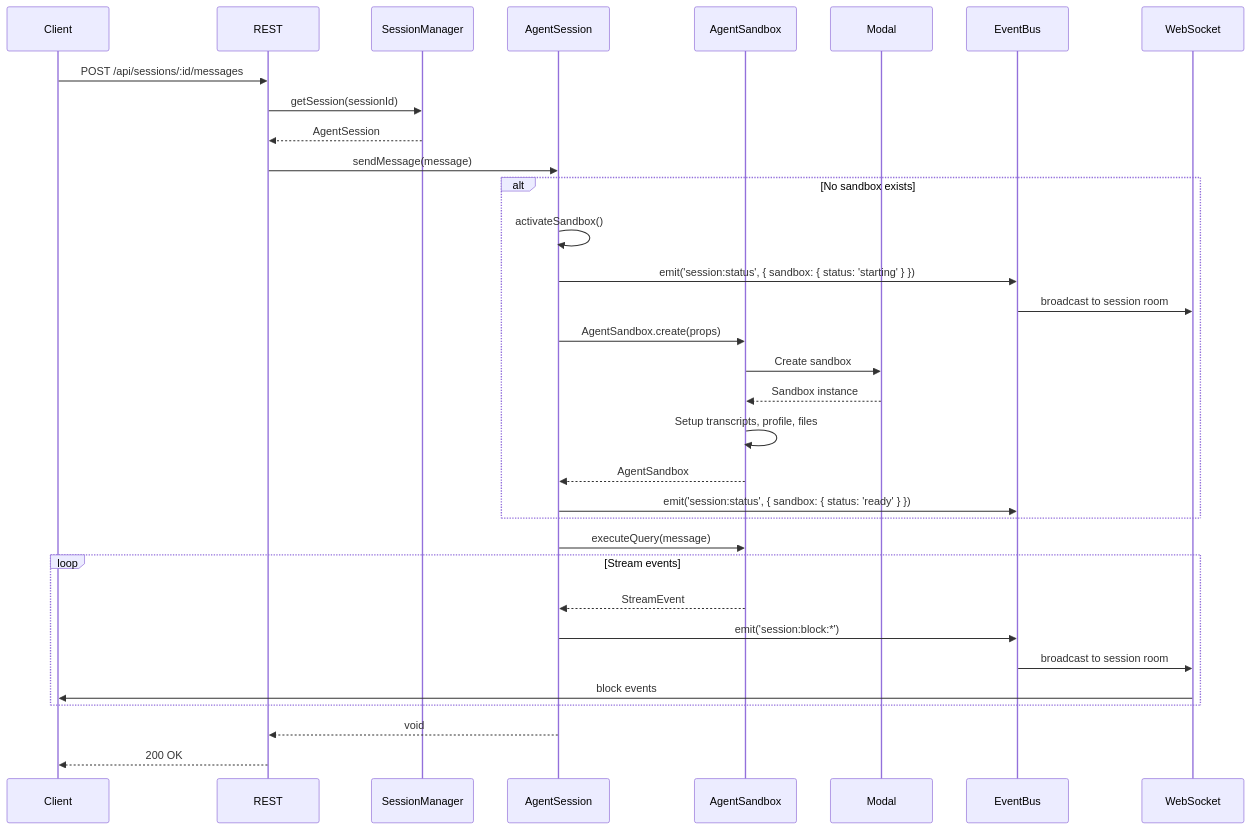
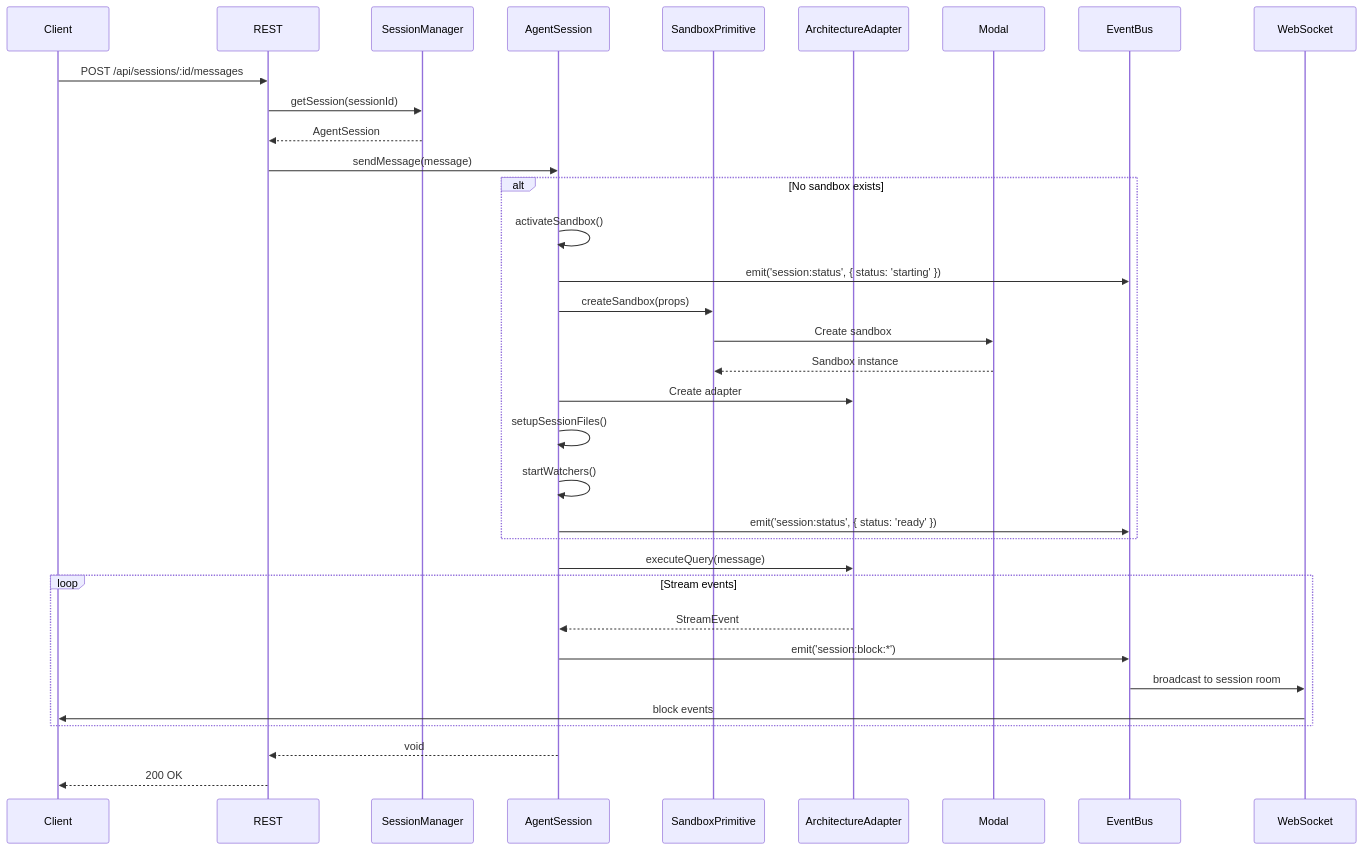
Before and after one commit to hhopkins95/agent-runtime: the eighth of 12 diagrams in docs/architecture.md, drawn with Mermaid. The commit also changed other lines of this file and 5 other files, not shown here.

First line of the commit message:
refactor(agent-session): streamline sandbox management and enhance file handling

````diff
--- a/docs/architecture.md
+++ b/docs/architecture.md
@@ -320,38 +302,39 @@
 ```mermaid
 sequenceDiagram
     participant Client
     participant REST
     participant SM as SessionManager
     participant AS as AgentSession
-    participant AGS as AgentSandbox
+    participant SP as SandboxPrimitive
+    participant AAA as ArchitectureAdapter
     participant Modal
     participant EB as EventBus
     participant WS as WebSocket
 
     Client->>REST: POST /api/sessions/:id/messages
     REST->>SM: getSession(sessionId)
     SM-->>REST: AgentSession
     REST->>AS: sendMessage(message)
 
     alt No sandbox exists
         AS->>AS: activateSandbox()
-        AS->>EB: emit('session:status', { sandbox: { status: 'starting' } })
-        EB->>WS: broadcast to session room
-        AS->>AGS: AgentSandbox.create(props)
-        AGS->>Modal: Create sandbox
-        Modal-->>AGS: Sandbox instance
-        AGS->>AGS: Setup transcripts, profile, files
-        AGS-->>AS: AgentSandbox
-        AS->>EB: emit('session:status', { sandbox: { status: 'ready' } })
+        AS->>EB: emit('session:status', { status: 'starting' })
+        AS->>SP: createSandbox(props)
+        SP->>Modal: Create sandbox
+        Modal-->>SP: Sandbox instance
+        AS->>AAA: Create adapter
+        AS->>AS: setupSessionFiles()
+        AS->>AS: startWatchers()
+        AS->>EB: emit('session:status', { status: 'ready' })
     end
 
-    AS->>AGS: executeQuery(message)
+    AS->>AAA: executeQuery(message)
     loop Stream events
-        AGS-->>AS: StreamEvent
+        AAA-->>AS: StreamEvent
         AS->>EB: emit('session:block:*')
         EB->>WS: broadcast to session room
         WS->>Client: block events
     end
     AS-->>REST: void
     REST-->>Client: 200 OK
 ```
````
